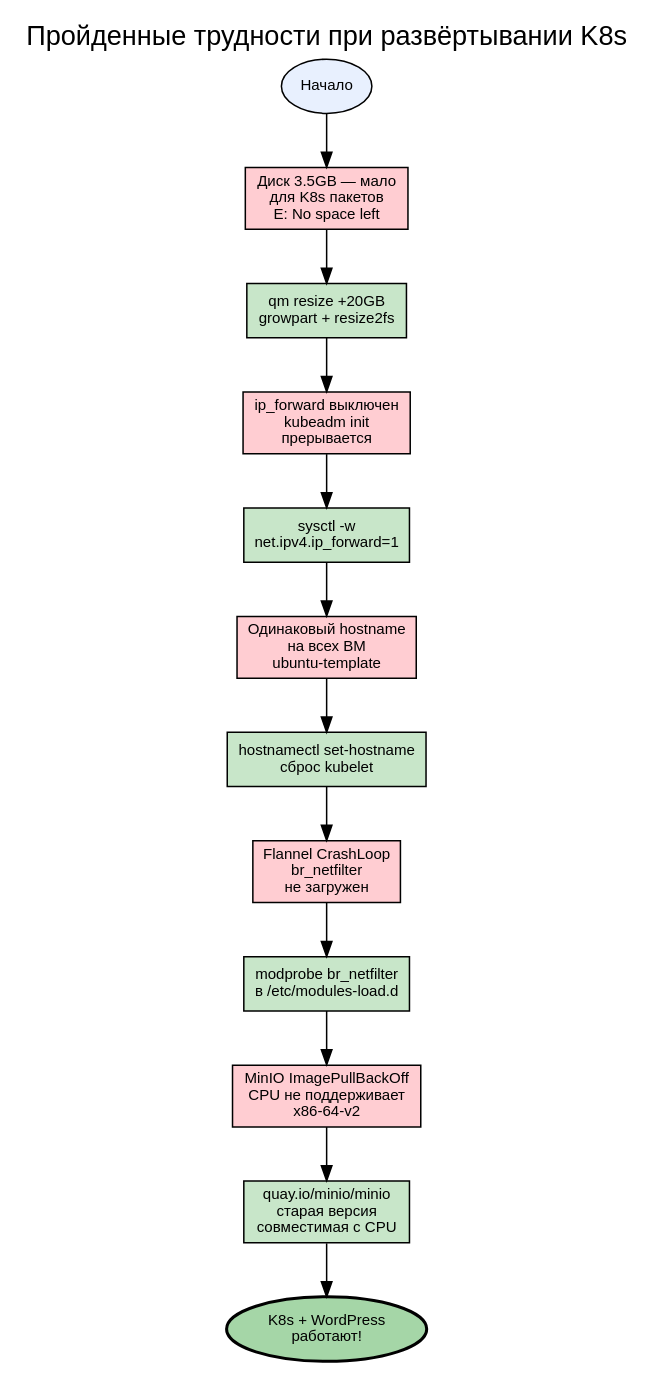
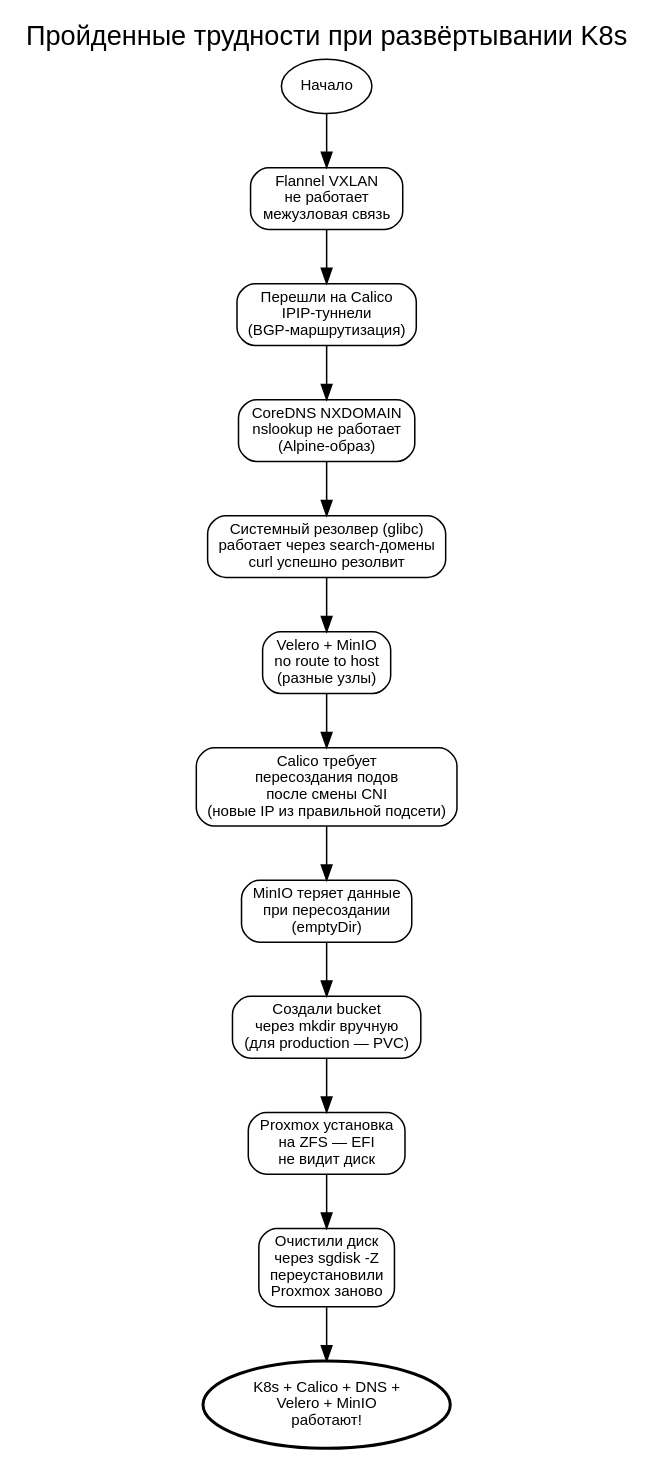
One commit to dedvmedved-dot/k8s-project changed the diagram in screenshots/Challenges.dot. Above: the diagram before and after it, drawn with Graphviz. The commit also changed 19 other files, not shown here.

Commit message:
docs: complete README with diagrams, screenshots, and full documentation

```diff
--- a/screenshots/Challenges.dot
+++ b/screenshots/Challenges.dot
@@ -1,27 +1,27 @@
 digraph Challenges {
     label="Пройденные трудности при развёртывании K8s";
     labelloc=t; fontsize=18; fontname="Arial";
     rankdir=TB; splines=ortho; nodesep=0.7; ranksep=0.5;
     node [shape=box, style=rounded, fontname="Arial", fontsize=10];
     
-    start [label="Начало", shape=oval, fillcolor="#E8F0FE", style=filled];
+    start [label="Начало", shape=oval, fillcolor="#E8F0FE"];
     
-    p1 [label="Диск 3.5GB — мало\nдля K8s пакетов\nE: No space left", fillcolor="#FFCDD2", style=filled];
-    s1 [label="qm resize +20GB\ngrowpart + resize2fs", fillcolor="#C8E6C9", style=filled];
+    p1 [label="Flannel VXLAN\nне работает\nмежузловая связь", fillcolor="#FFCDD2"];
+    s1 [label="Перешли на Calico\nIPIP-туннели\n(BGP-маршрутизация)", fillcolor="#C8E6C9"];
     
-    p2 [label="ip_forward выключен\nkubeadm init\nпрерывается", fillcolor="#FFCDD2", style=filled];
-    s2 [label="sysctl -w\nnet.ipv4.ip_forward=1", fillcolor="#C8E6C9", style=filled];
+    p2 [label="CoreDNS NXDOMAIN\nnslookup не работает\n(Alpine-образ)", fillcolor="#FFCDD2"];
+    s2 [label="Системный резолвер (glibc)\nработает через search-домены\ncurl успешно резолвит", fillcolor="#C8E6C9"];
     
-    p3 [label="Одинаковый hostname\nна всех ВМ\nubuntu-template", fillcolor="#FFCDD2", style=filled];
-    s3 [label="hostnamectl set-hostname\nсброс kubelet", fillcolor="#C8E6C9", style=filled];
+    p3 [label="Velero + MinIO\nno route to host\n(разные узлы)", fillcolor="#FFCDD2"];
+    s3 [label="Calico требует\nпересоздания подов\nпосле смены CNI\n(новые IP из правильной подсети)", fillcolor="#C8E6C9"];
     
-    p4 [label="Flannel CrashLoop\nbr_netfilter\nне загружен", fillcolor="#FFCDD2", style=filled];
-    s4 [label="modprobe br_netfilter\nв /etc/modules-load.d", fillcolor="#C8E6C9", style=filled];
+    p4 [label="MinIO теряет данные\nпри пересоздании\n(emptyDir)", fillcolor="#FFCDD2"];
+    s4 [label="Создали bucket\nчерез mkdir вручную\n(для production — PVC)", fillcolor="#C8E6C9"];
     
-    p5 [label="MinIO ImagePullBackOff\nCPU не поддерживает\nx86-64-v2", fillcolor="#FFCDD2", style=filled];
-    s5 [label="quay.io/minio/minio\nстарая версия\nсовместимая с CPU", fillcolor="#C8E6C9", style=filled];
+    p5 [label="Proxmox установка\nна ZFS — EFI\nне видит диск", fillcolor="#FFCDD2"];
+    s5 [label="Очистили диск\nчерез sgdisk -Z\nпереустановили\nProxmox заново", fillcolor="#C8E6C9"];
     
-    success [label="K8s + WordPress\nработают!", shape=oval, fillcolor="#A5D6A7", style=filled, penwidth=2];
+    success [label="K8s + Calico + DNS +\nVelero + MinIO\nработают!", shape=oval, fillcolor="#A5D6A7", penwidth=2];
     
     start -> p1 -> s1 -> p2 -> s2 -> p3 -> s3 -> p4 -> s4 -> p5 -> s5 -> success;
 }
```
